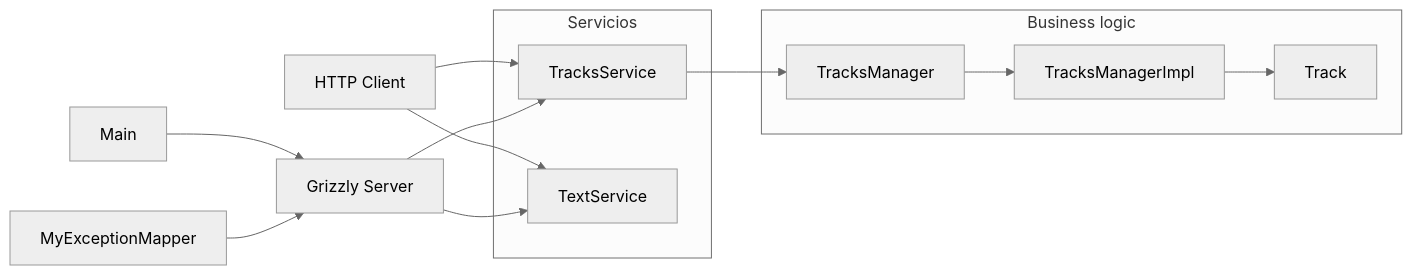
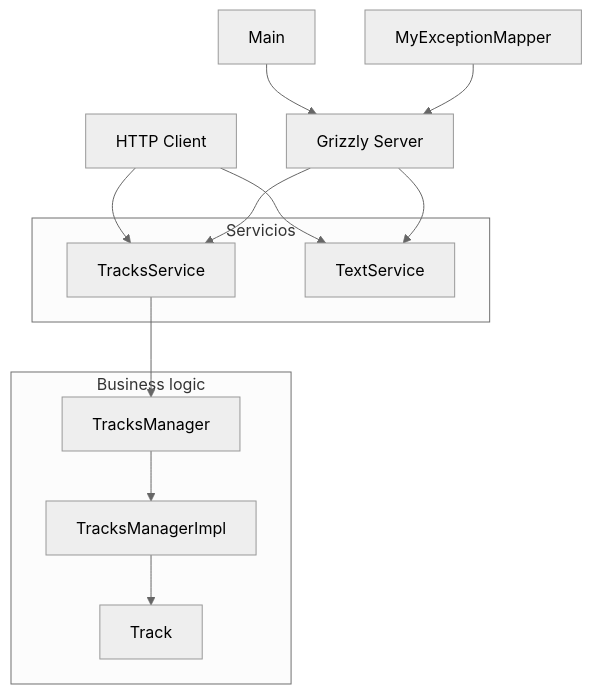
The second of 2 diagrams in README.md (EETAC-ENTEL-DSA/rest-example), drawn with Mermaid (neutral theme) before and after one commit.

Commit message:
Improvements to the diagram

````diff
--- a/README.md
+++ b/README.md
@@ -19,22 +19,22 @@
 ```mermaid
-graph LR
+graph TD
     subgraph Servicios
         B[TracksService]
         C[TextService]
     end
     subgraph Business logic
         B
         I[TracksManager]
         D[TracksManagerImpl]
         E[Track]
     end
     A[HTTP Client] --> B
     A --> C
     B --> I
     I --> D
     D --> E
     F[Main] --> G[Grizzly Server]
     G --> B
     G --> C
     H[MyExceptionMapper] --> G
 ```
````
